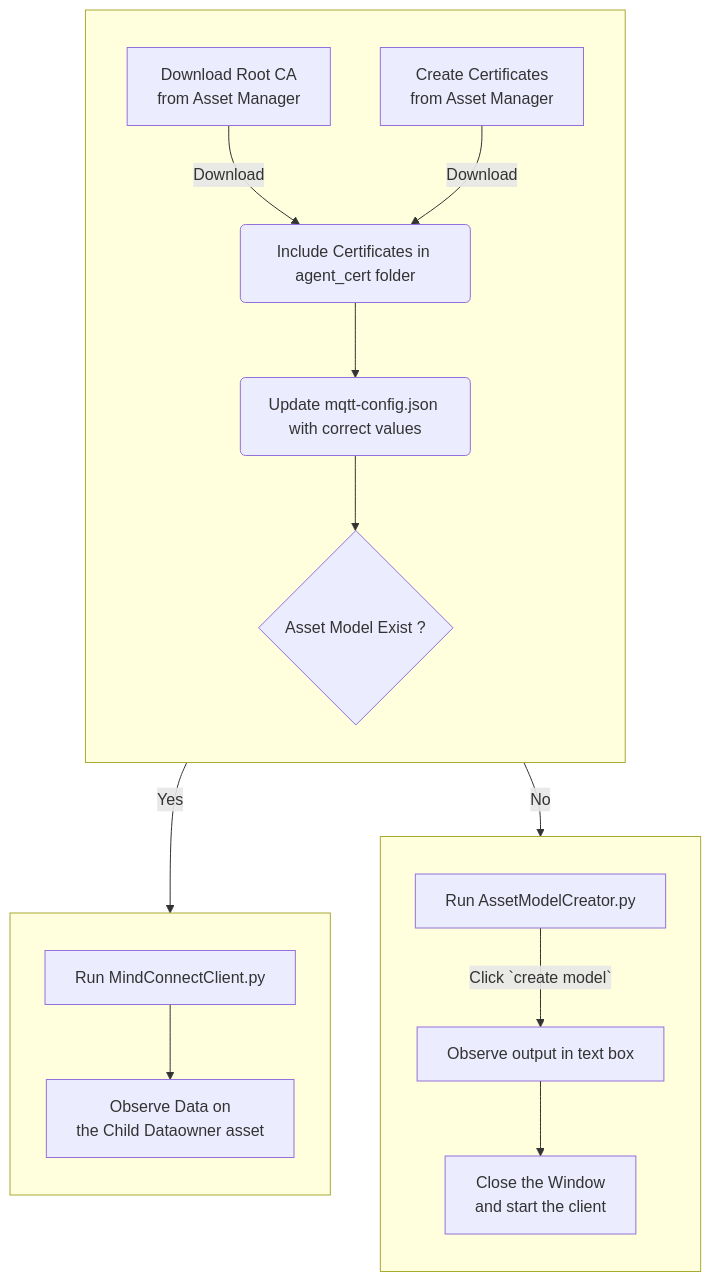
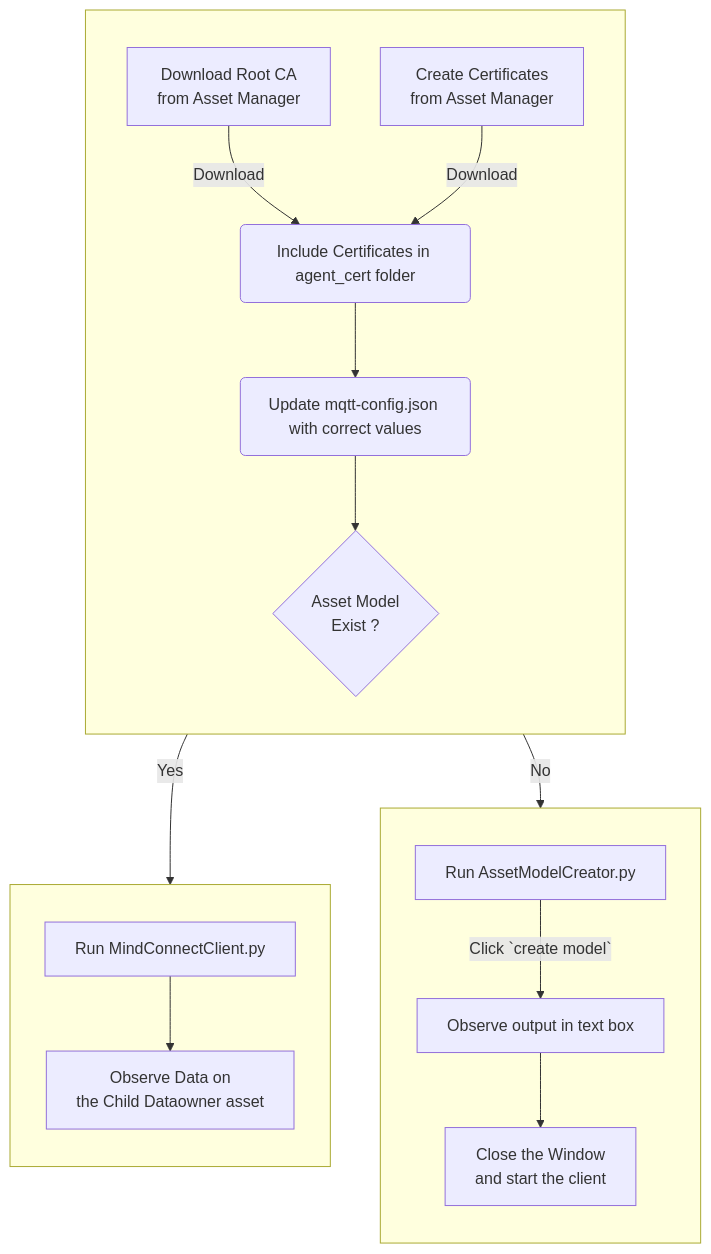
Before and after one commit to mindsphere/mindconnect-mqtt: the diagram in README.md, drawn with Mermaid.

Commit message:
formatted md file

````diff
--- a/README.md
+++ b/README.md
@@ -16,23 +16,23 @@
 ```mermaid
 flowchart TD
     subgraph Z[" "]
     direction TB
     J[Download Root CA \nfrom Asset Manager] -->|Download|B
     A[Create Certificates \nfrom Asset Manager] -->|Download| B(Include Certificates in agent_cert folder)
     B --> C(Update mqtt-config.json with correct values)
-    C--> D{Asset Model Exist ?}
+    C--> D{Asset Model \n Exist ?}
     end
     subgraph X[" "]
     direction TB
     D -->|No| E[Run AssetModelCreator.py]
     E -->|Click `create model`| G[Observe output in text box]
     G --> H[Close the Window \n and start the client]
     
     end
     subgraph Y[" "]
     direction TB
     D -->|Yes| F[Run MindConnectClient.py]
     F --> I[Observe Data on \nthe Child Dataowner asset]
     end
     
 ```
````
